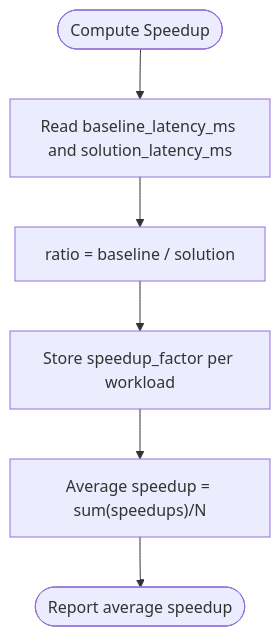
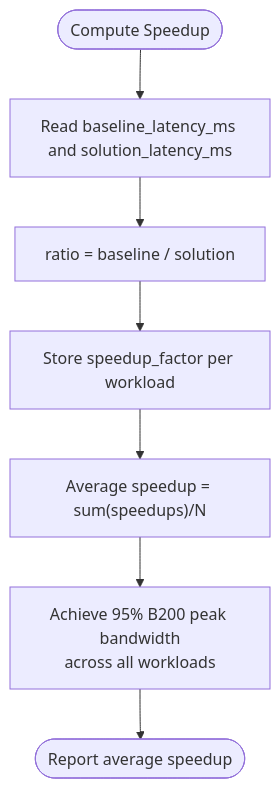
Diagram 16 of 17 in .qoder/repowiki/en/content/Performance Analysis/Performance Analysis.md (gugudeshubao/flashinfer-bench-tma-thrust), drawn with Mermaid before and after one commit. The commit also changed other lines of this file and 21 other files, not shown here.

````diff
--- a/.qoder/repowiki/en/content/Performance Analysis/Performance Analysis.md
+++ b/.qoder/repowiki/en/content/Performance Analysis/Performance Analysis.md
@@ -1069,8 +1085,9 @@
 ```mermaid
 flowchart TD
 Start(["Compute Speedup"]) --> Lat["Read baseline_latency_ms and solution_latency_ms"]
 Lat --> Ratio["ratio = baseline / solution"]
 Ratio --> Store["Store speedup_factor per workload"]
 Store --> Avg["Average speedup = sum(speedups)/N"]
-Avg --> End(["Report average speedup"])
+Avg --> PeakAchievement["Achieve 95% B200 peak bandwidth<br/>across all workloads"]
+PeakAchievement --> End(["Report average speedup"])
 ```
````
